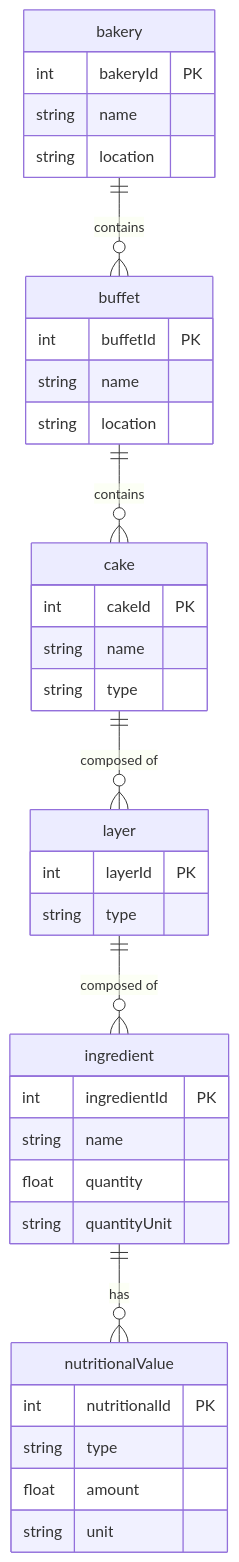
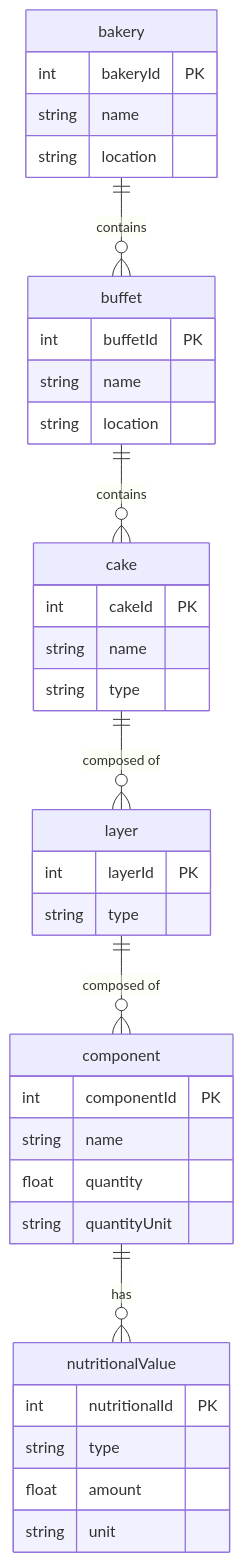
Before and after one commit to rljson/rljson: the diagram in src/example/bakery-example.md, drawn with Mermaid. The commit also changed 51 other files, not shown here.

```diff
--- a/src/example/bakery-example.md
+++ b/src/example/bakery-example.md
@@ -9,47 +9,47 @@
 :::mermaid
 erDiagram
 
     bakery ||--o{ buffet : contains
     buffet ||--o{ cake : contains
     cake ||--o{ layer : "composed of"
-    layer ||--o{ ingredient : "composed of"
-    ingredient ||--o{ nutritionalValue : has
+    layer ||--o{ component : "composed of"
+    component ||--o{ nutritionalValue : has
 
     bakery {
         int bakeryId PK
         string name
         string location
     }
 
     buffet {
         int buffetId PK
         string name
         string location
     }
 
     cake {
         int cakeId PK
         string name
         string type
     }
 
     layer {
         int layerId PK
         string type
     }
 
-    ingredient {
-        int ingredientId PK
+    component {
+        int componentId PK
         string name
         float quantity
         string quantityUnit
     }
 
     nutritionalValue {
         int nutritionalId PK
         string type
         float amount
         string unit
     }
 
 :::
```
